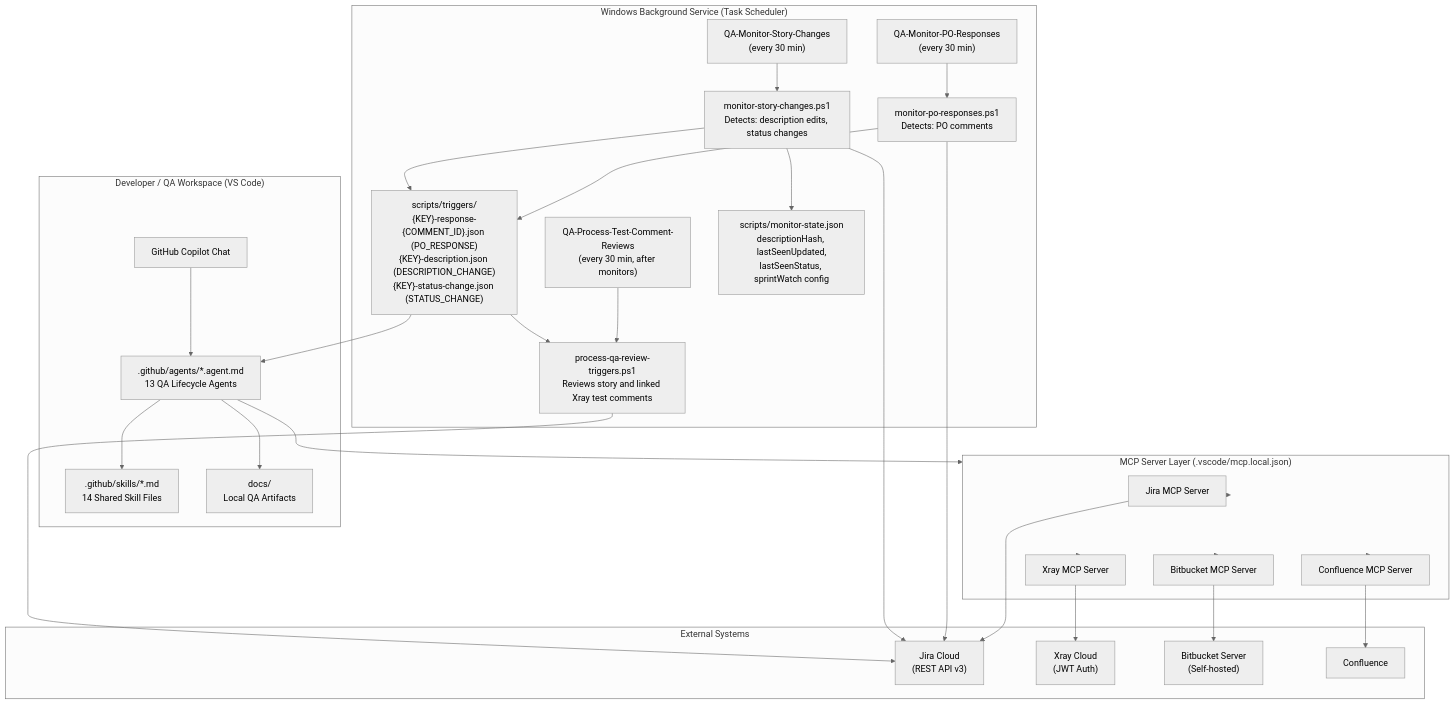
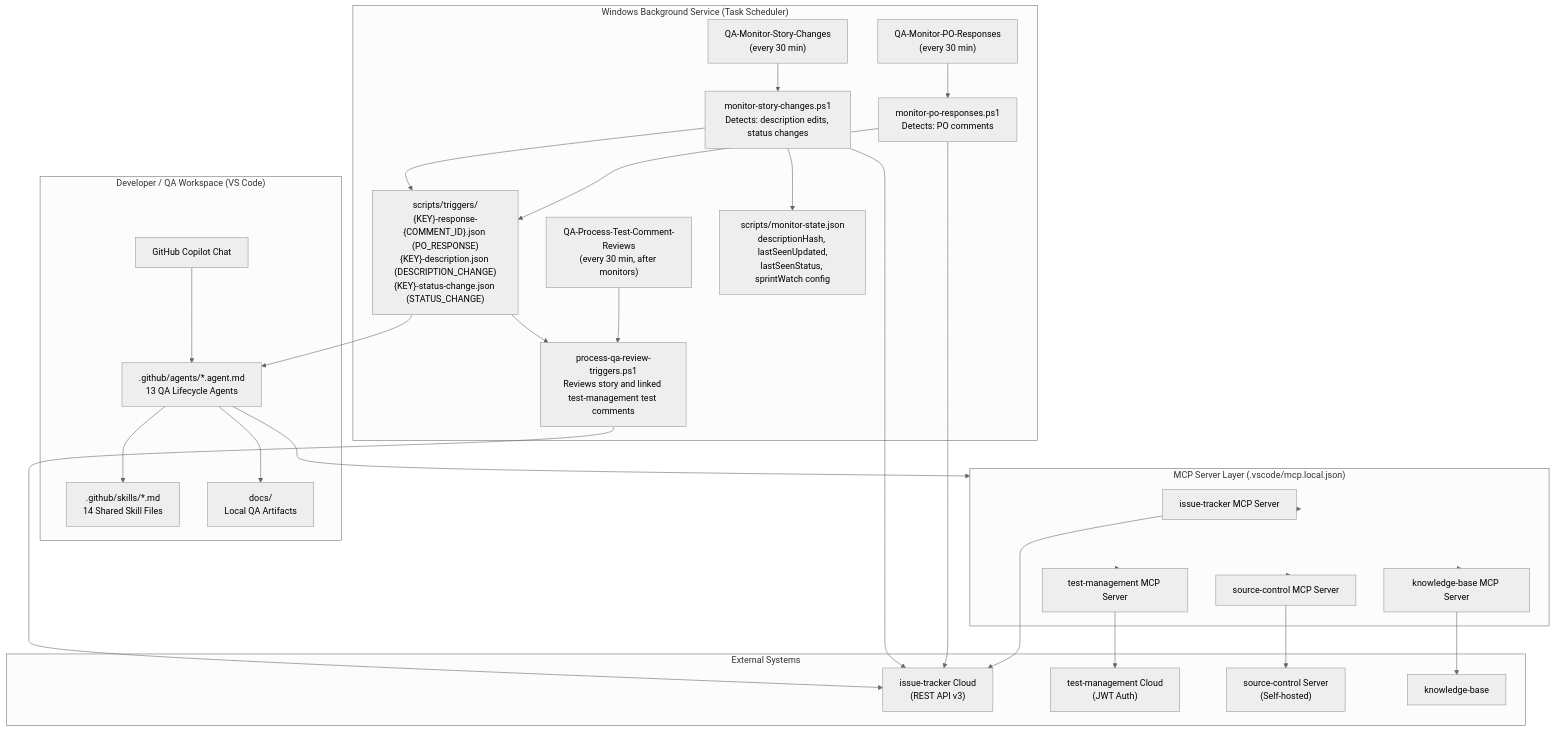
The first of 4 diagrams in docs/FRAMEWORK-ARCHITECTURE.md (favadk/agentic-ai-powertools-jira-user-generic), drawn with Mermaid (neutral theme) before and after one commit. The commit also changed other lines of this file and 95 other files, not shown here.

````diff
--- a/docs/FRAMEWORK-ARCHITECTURE.md
+++ b/docs/FRAMEWORK-ARCHITECTURE.md
@@ -61,52 +61,52 @@
 ```mermaid
 graph TD
     subgraph Developer["Developer / QA Workspace (VS Code)"]
         Copilot["GitHub Copilot Chat"]
         Agents[".github/agents/*.agent.md\n13 QA Lifecycle Agents"]
         Skills[".github/skills/*.md\n14 Shared Skill Files"]
         Docs["docs/\nLocal QA Artifacts"]
     end
 
     subgraph MCPLayer["MCP Server Layer (.vscode/mcp.local.json)"]
-        JiraMCP["Jira MCP Server"]
-        XrayMCP["Xray MCP Server"]
-        BitbucketMCP["Bitbucket MCP Server"]
-        ConfluenceMCP["Confluence MCP Server"]
+        issue-trackerMCP["issue-tracker MCP Server"]
+        test-managementMCP["test-management MCP Server"]
+        source-controlMCP["source-control MCP Server"]
+        knowledge-baseMCP["knowledge-base MCP Server"]
     end
 
     subgraph ExternalSystems["External Systems"]
-        JiraCloud["Jira Cloud\n(REST API v3)"]
-        XrayCloud["Xray Cloud\n(JWT Auth)"]
-        BitbucketServer["Bitbucket Server\n(Self-hosted)"]
-        Confluence["Confluence"]
+        issue-trackerCloud["issue-tracker Cloud\n(REST API v3)"]
+        test-managementCloud["test-management Cloud\n(JWT Auth)"]
+        source-controlServer["source-control Server\n(Self-hosted)"]
+        knowledge-base["knowledge-base"]
     end
 
     subgraph Scheduler["Windows Background Service (Task Scheduler)"]
         TaskScheduler1["QA-Monitor-PO-Responses\n(every 30 min)"]
         TaskScheduler2["QA-Monitor-Story-Changes\n(every 30 min)"]
         TaskScheduler3["QA-Process-Test-Comment-Reviews\n(every 30 min, after monitors)"]
         MonitorScript1["monitor-po-responses.ps1\nDetects: PO comments"]
         MonitorScript2["monitor-story-changes.ps1\nDetects: description edits, status changes"]
-        ReviewProcessor["process-qa-review-triggers.ps1\nReviews story and linked Xray test comments"]
+        ReviewProcessor["process-qa-review-triggers.ps1\nReviews story and linked test-management test comments"]
         TriggerFiles["scripts/triggers/\n{KEY}-response-{COMMENT_ID}.json (PO_RESPONSE)\n{KEY}-description.json (DESCRIPTION_CHANGE)\n{KEY}-status-change.json (STATUS_CHANGE)"]
         StateFile["scripts/monitor-state.json\ndescriptionHash, lastSeenUpdated,\nlastSeenStatus, sprintWatch config"]
     end
 
     Copilot --> Agents
     Agents --> Skills
     Agents --> Docs
     Agents --> MCPLayer
-    MCPLayer --> JiraMCP --> JiraCloud
-    MCPLayer --> XrayMCP --> XrayCloud
-    MCPLayer --> BitbucketMCP --> BitbucketServer
-    MCPLayer --> ConfluenceMCP --> Confluence
-    TaskScheduler1 --> MonitorScript1 --> JiraCloud
-    TaskScheduler2 --> MonitorScript2 --> JiraCloud
+    MCPLayer --> issue-trackerMCP --> issue-trackerCloud
+    MCPLayer --> test-managementMCP --> test-managementCloud
+    MCPLayer --> source-controlMCP --> source-controlServer
+    MCPLayer --> knowledge-baseMCP --> knowledge-base
+    TaskScheduler1 --> MonitorScript1 --> issue-trackerCloud
+    TaskScheduler2 --> MonitorScript2 --> issue-trackerCloud
     MonitorScript1 --> TriggerFiles
     MonitorScript2 --> TriggerFiles
     TaskScheduler3 --> ReviewProcessor
     TriggerFiles --> ReviewProcessor
-    ReviewProcessor --> JiraCloud
+    ReviewProcessor --> issue-trackerCloud
     MonitorScript2 --> StateFile
     TriggerFiles --> Agents
 ```
````
